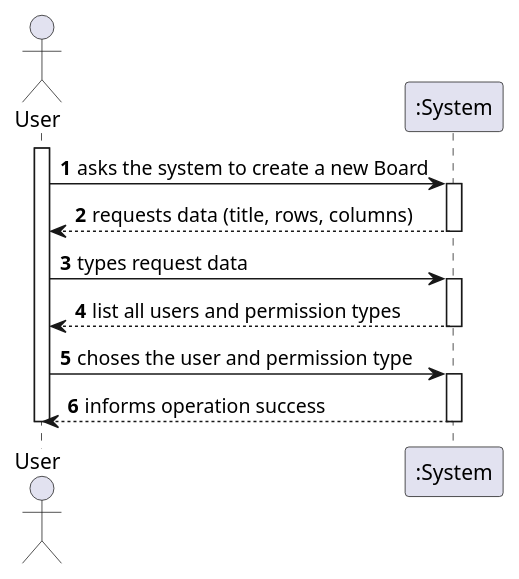
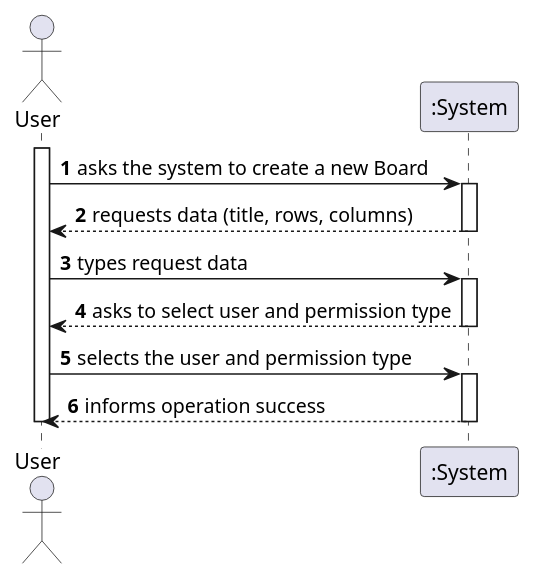
One commit to miseEnPlace-dev/lapr4 changed the diagram in docs/sprint-b/us25-3002/US3002_SSD.puml. Above: the diagram before and after it, drawn with PlantUML. The commit also changed 3 other files, not shown here.

```diff
--- a/docs/sprint-b/us25-3002/US3002_SSD.puml
+++ b/docs/sprint-b/us25-3002/US3002_SSD.puml
@@ -1,29 +1,29 @@
 @startuml US3002_SSD
 
 autonumber
 
 actor U as "User"
 
 activate U
 
 U -> ":System" : asks the system to create a new Board
 activate ":System"
 
 ":System" --> U : requests data (title, rows, columns)
 deactivate ":System"
 
 U -> ":System" : types request data
 activate ":System"
 
-":System" --> U : list all users and permission types
+":System" --> U : asks to select user and permission type
 deactivate ":System"
 
-U -> ":System" : choses the user and permission type
+U -> ":System" : selects the user and permission type
 activate ":System"
 
 ":System" --> U : informs operation success
 deactivate ":System"
 
 deactivate U
 
 @enduml
```
